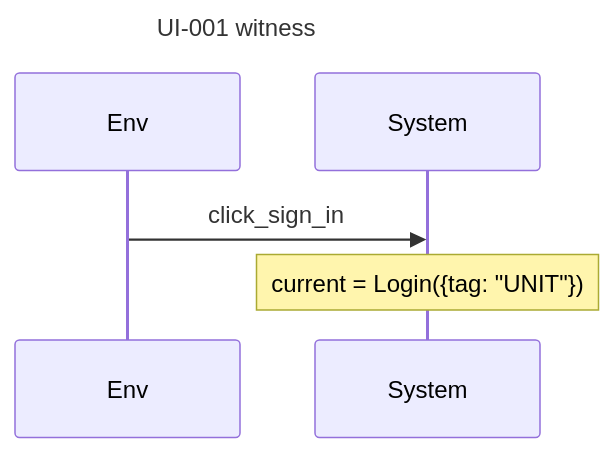
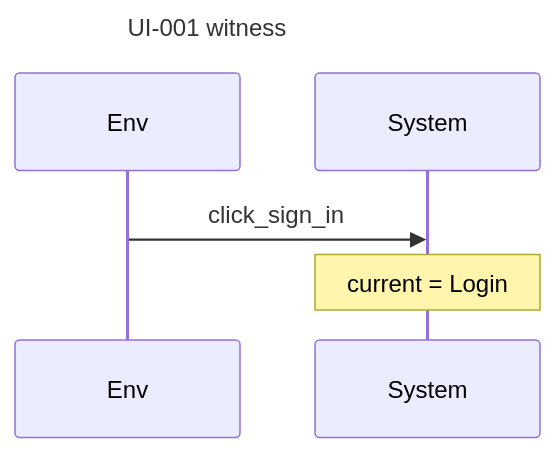
One commit to AlesKracik/quintessence changed the second of 8 diagrams in examples/specs/auth-ui.readback.md. Above: the diagram before and after it, drawn with Mermaid. The commit also changed other lines of this file and 53 other files, not shown here.

````diff
--- a/examples/specs/auth-ui.readback.md
+++ b/examples/specs/auth-ui.readback.md
@@ -285,8 +286,8 @@
 ```mermaid
 sequenceDiagram
     title UI-001 witness
     participant E as Env
     participant S as System
     E->>S: click_sign_in
-    Note over S: current = Login({tag: "UNIT"})
+    Note over S: current = Login
 ```
````
